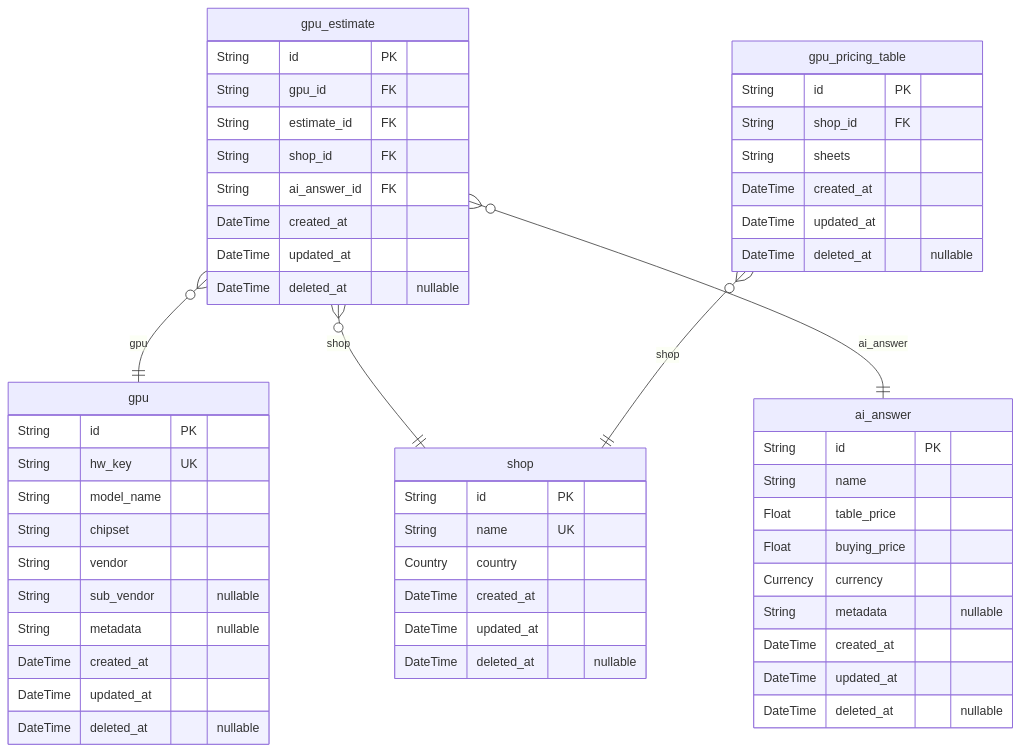
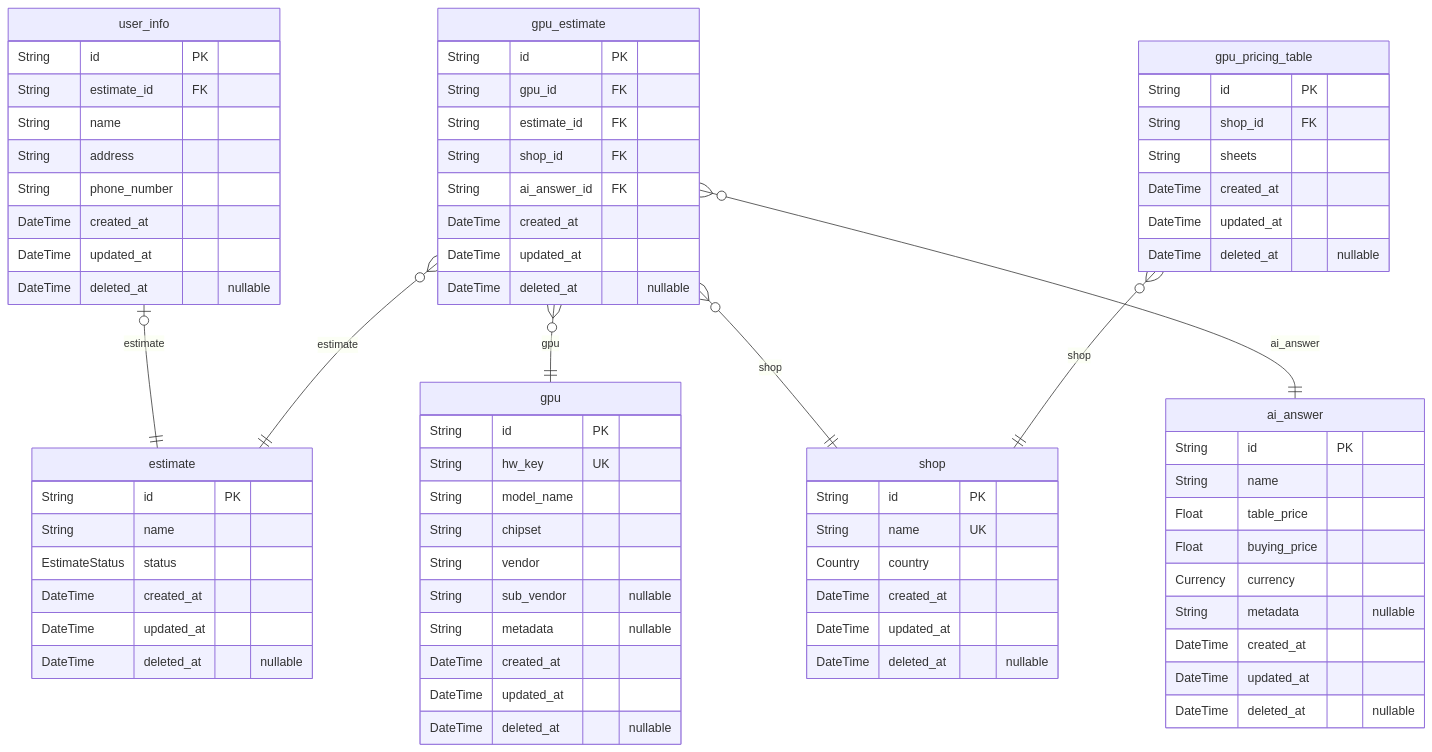
The third of 6 diagrams in prisma/ERD.md (KGESH/hardware_spec_backend), drawn with Mermaid before and after one commit. The commit also changed other lines of this file and 12 other files, not shown here.

Commit message:
[Refactor] Estimate status

````diff
--- a/prisma/ERD.md
+++ b/prisma/ERD.md
@@ -559,56 +618,76 @@
 ```mermaid
 erDiagram
+"estimate" {
+    String id PK
+    String name
+    EstimateStatus status
+    DateTime created_at
+    DateTime updated_at
+    DateTime deleted_at "nullable"
+}
+"user_info" {
+    String id PK
+    String estimate_id FK
+    String name
+    String address
+    String phone_number
+    DateTime created_at
+    DateTime updated_at
+    DateTime deleted_at "nullable"
+}
 "shop" {
     String id PK
     String name UK
     Country country
     DateTime created_at
     DateTime updated_at
     DateTime deleted_at "nullable"
 }
 "ai_answer" {
     String id PK
     String name
     Float table_price
     Float buying_price
     Currency currency
     String metadata "nullable"
     DateTime created_at
     DateTime updated_at
     DateTime deleted_at "nullable"
 }
 "gpu" {
     String id PK
     String hw_key UK
     String model_name
     String chipset
     String vendor
     String sub_vendor "nullable"
     String metadata "nullable"
     DateTime created_at
     DateTime updated_at
     DateTime deleted_at "nullable"
 }
 "gpu_estimate" {
     String id PK
     String gpu_id FK
     String estimate_id FK
     String shop_id FK
     String ai_answer_id FK
     DateTime created_at
     DateTime updated_at
     DateTime deleted_at "nullable"
 }
 "gpu_pricing_table" {
     String id PK
     String shop_id FK
     String sheets
     DateTime created_at
     DateTime updated_at
     DateTime deleted_at "nullable"
 }
+"user_info" |o--|| "estimate" : estimate
 "gpu_estimate" }o--|| "gpu" : gpu
+"gpu_estimate" }o--|| "estimate" : estimate
 "gpu_estimate" }o--|| "shop" : shop
 "gpu_estimate" }o--|| "ai_answer" : ai_answer
 "gpu_pricing_table" }o--|| "shop" : shop
 ```
````
